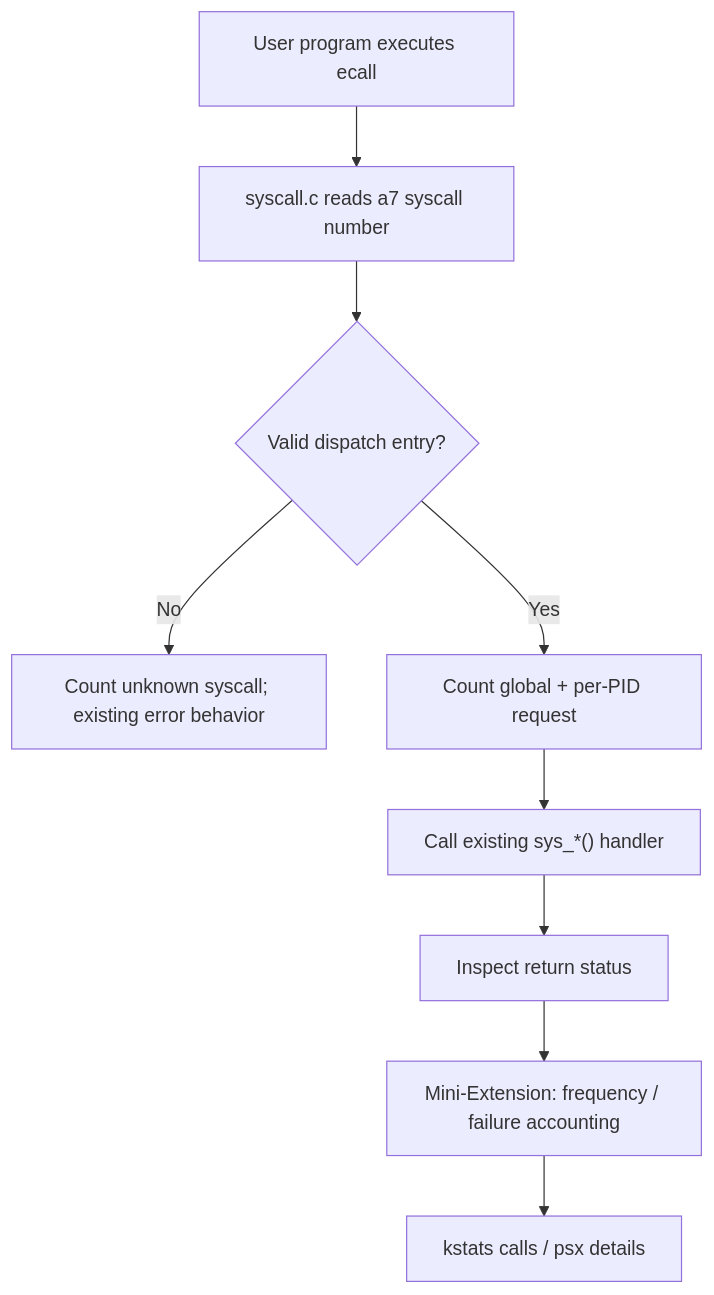
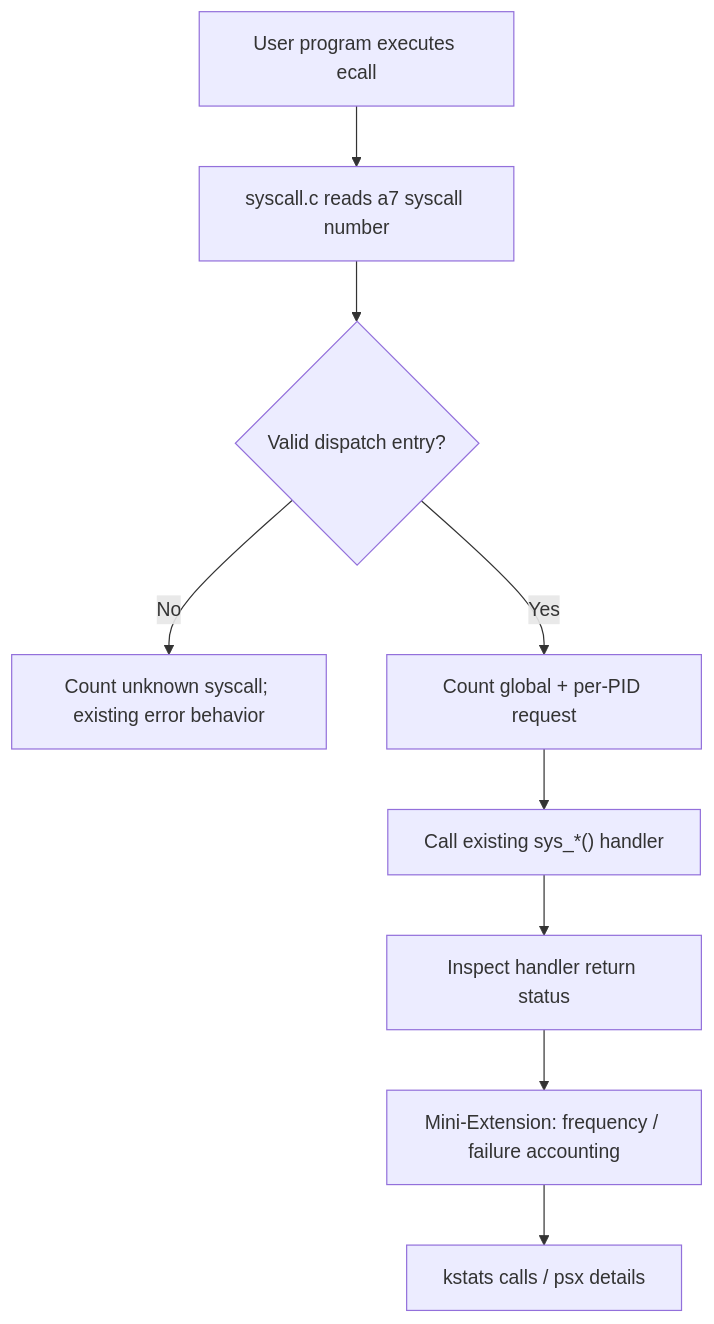
Diagram 12 of 12 in README.md (haseebniazii/KStatsPlus-xv6-RISC-V), drawn with Mermaid before and after one commit. The commit also changed other lines of this file, not shown here.

````diff
--- a/README.md
+++ b/README.md
@@ -481,11 +467,11 @@
 ```mermaid
 flowchart TD
     A["User program executes ecall"] --> B["syscall.c reads a7 syscall number"]
     B --> C{"Valid dispatch entry?"}
     C -- No --> D["Count unknown syscall; existing error behavior"]
     C -- Yes --> E["Count global + per-PID request"]
     E --> F["Call existing sys_*() handler"]
-    F --> G["Inspect return status"]
+    F --> G["Inspect handler return status"]
     G --> H["Mini-Extension: frequency / failure accounting"]
     H --> I["kstats calls / psx details"]
 ```
````
